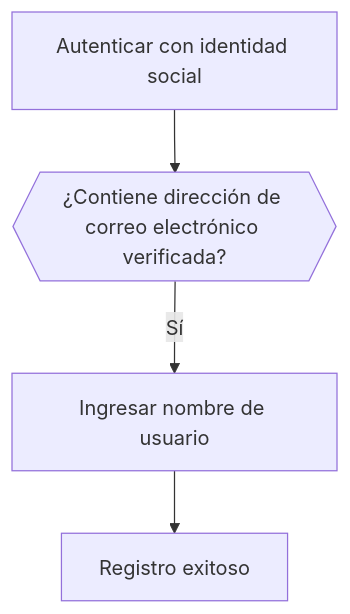
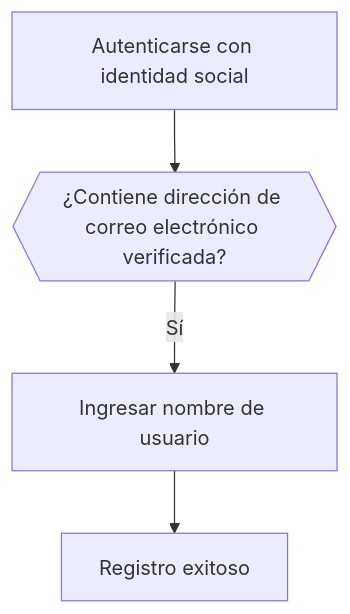
Before and after one commit to logto-io/docs: the third of 6 diagrams in i18n/es/docusaurus-plugin-content-docs/current/end-user-flows/sign-up-and-sign-in/social-sign-in.mdx, drawn with Mermaid. The commit also changed other lines of this file and 59 other files, not shown here.

````diff
--- a/i18n/es/docusaurus-plugin-content-docs/current/end-user-flows/sign-up-and-sign-in/social-sign-in.mdx
+++ b/i18n/es/docusaurus-plugin-content-docs/current/end-user-flows/sign-up-and-sign-in/social-sign-in.mdx
@@ -135,6 +110,6 @@
    ```mermaid
    flowchart TD
-      A[Autenticar con identidad social] --> B{{¿Contiene dirección de correo electrónico verificada?}}
+      A[Autenticarse con identidad social] --> B{{¿Contiene dirección de correo electrónico verificada?}}
       B -- Sí --> C[Ingresar nombre de usuario]
       C --> D[Registro exitoso]
    ```
````
